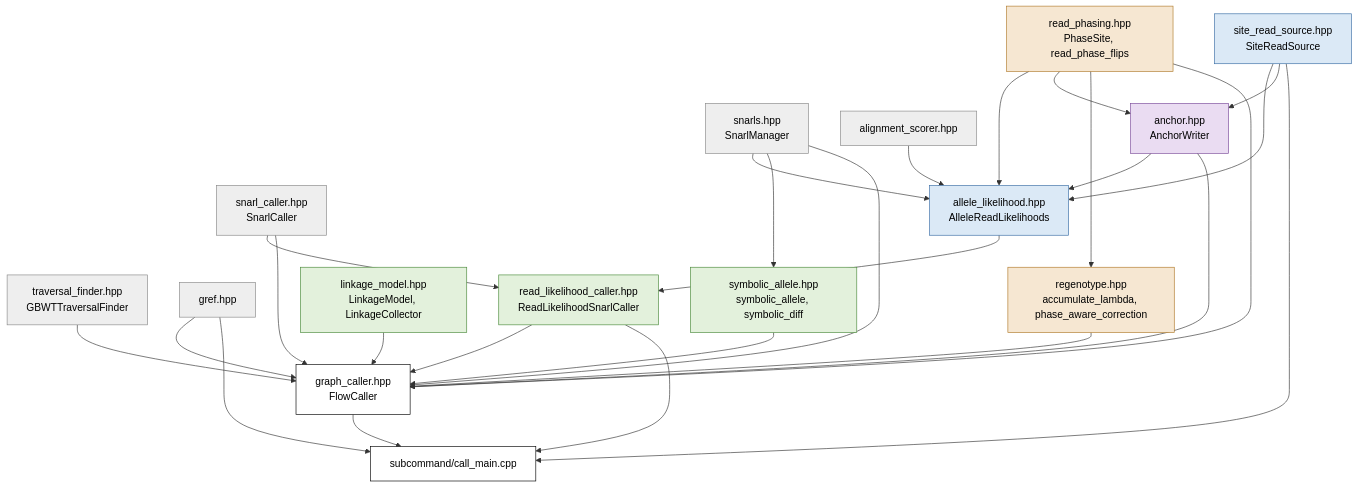
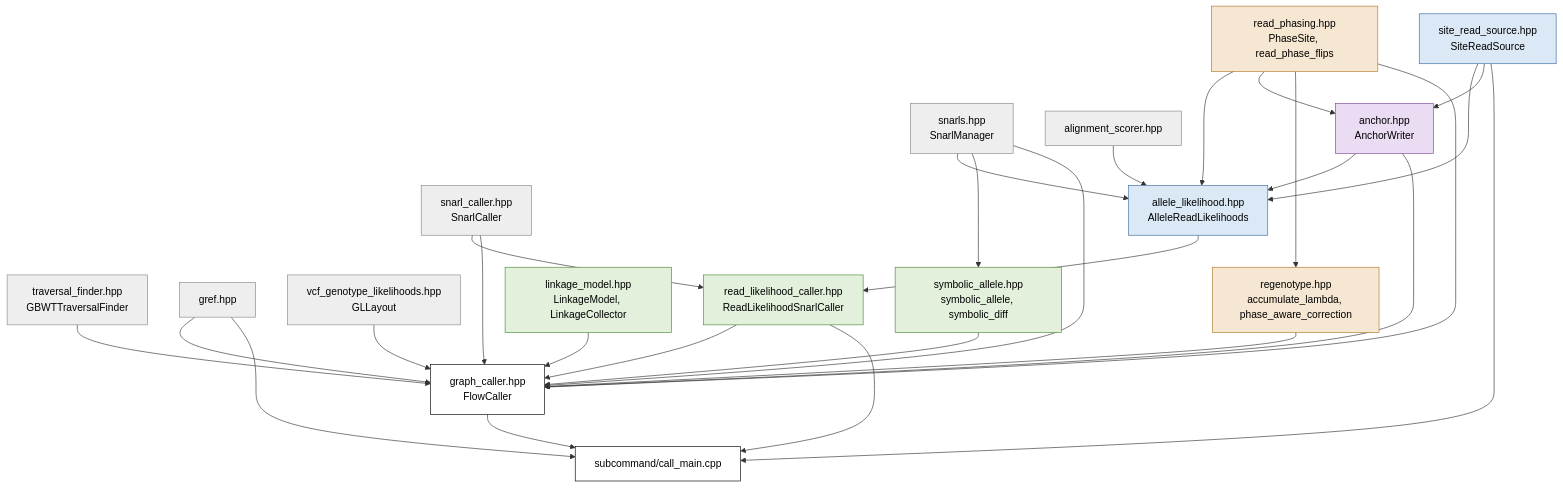
Before and after one commit to vgteam/vg: the diagram in doc/read-likelihood-architecture.md, drawn with Mermaid. The commit also changed other lines of this file and 6 other files, not shown here.

````diff
--- a/doc/read-likelihood-architecture.md
+++ b/doc/read-likelihood-architecture.md
@@ -74,52 +74,54 @@
 ```mermaid
 flowchart TD
     snarls["snarls.hpp<br/>SnarlManager"]:::vg
     scorer["alignment_scorer.hpp"]:::vg
     finder["traversal_finder.hpp<br/>GBWTTraversalFinder"]:::vg
     snarlcaller["snarl_caller.hpp<br/>SnarlCaller"]:::vg
     gref["gref.hpp"]:::vg
+    vcfgl["vcf_genotype_likelihoods.hpp<br/>GLLayout"]:::vg
 
     reads["site_read_source.hpp<br/>SiteReadSource"]:::likelihood
     phasing["read_phasing.hpp<br/>PhaseSite, read_phase_flips"]:::phase
     anchor["anchor.hpp<br/>AnchorWriter"]:::output
     likelihood["allele_likelihood.hpp<br/>AlleleReadLikelihoods"]:::likelihood
     caller["read_likelihood_caller.hpp<br/>ReadLikelihoodSnarlCaller"]:::genotype
     linkage["linkage_model.hpp<br/>LinkageModel, LinkageCollector"]:::genotype
     symbolic["symbolic_allele.hpp<br/>symbolic_allele, symbolic_diff"]:::genotype
     regenotype["regenotype.hpp<br/>accumulate_lambda, phase_aware_correction"]:::phase
     graphcaller["graph_caller.hpp<br/>FlowCaller"]:::driver
     main["subcommand/call_main.cpp"]:::driver
 
     reads --> likelihood
     scorer --> likelihood
     snarls --> likelihood
     phasing --> likelihood
     anchor --> likelihood
     reads --> anchor
     phasing --> anchor
     phasing --> regenotype
     snarls --> symbolic
     likelihood --> caller
     snarlcaller --> caller
     caller --> graphcaller
     linkage --> graphcaller
     symbolic --> graphcaller
     regenotype --> graphcaller
     phasing --> graphcaller
     anchor --> graphcaller
     finder --> graphcaller
     snarls --> graphcaller
     snarlcaller --> graphcaller
     gref --> graphcaller
+    vcfgl --> graphcaller
     graphcaller --> main
     caller --> main
     reads --> main
     gref --> main
 
     classDef vg fill:#eeeeee,stroke:#888888,color:#000000
     classDef likelihood fill:#dbe9f6,stroke:#3a6ea5,color:#000000
     classDef genotype fill:#e3f1dc,stroke:#4a8a3a,color:#000000
     classDef phase fill:#f6e7d2,stroke:#b07a2a,color:#000000
     classDef output fill:#eadcf2,stroke:#7a4a9a,color:#000000
     classDef driver fill:#ffffff,stroke:#000000,color:#000000
 ```
````
